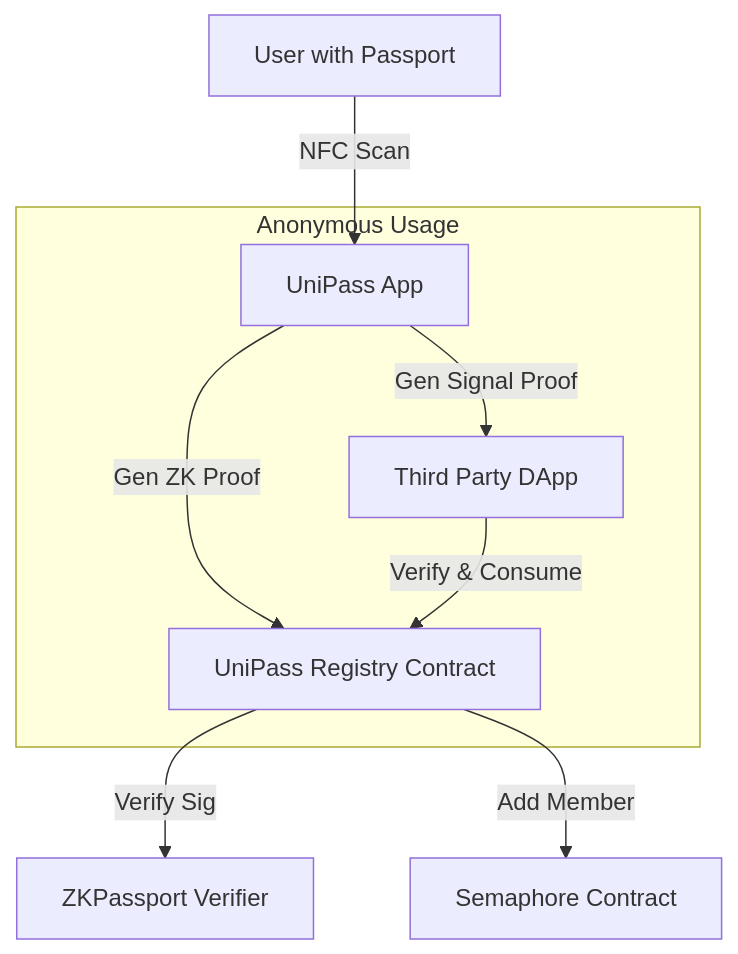
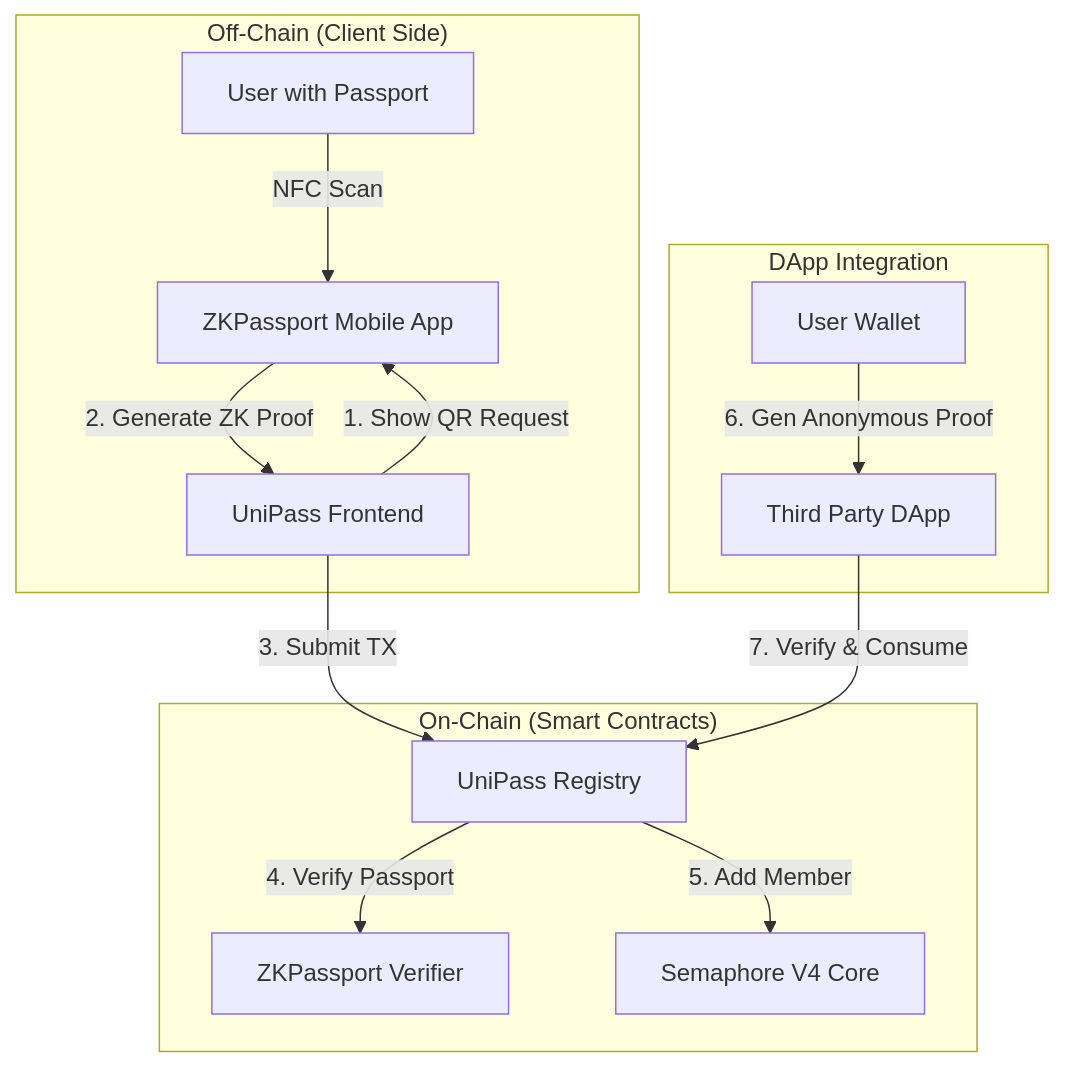
Before and after one commit to liudi4046/UniPass: the diagram in README.md, drawn with Mermaid. The commit also changed other lines of this file and 11 other files, not shown here.

````diff
--- a/README.md
+++ b/README.md
@@ -46,19 +22,31 @@
 ```mermaid
 graph TD
-    User[User with Passport]
-    App[UniPass App]
-    ZKPassport[ZKPassport Verifier]
-    Registry[UniPass Registry Contract]
-    Semaphore[Semaphore Contract]
-    DApp[Third Party DApp]
+    subgraph "Off-Chain (Client Side)"
+        User[User with Passport]
+        ZKApp[ZKPassport Mobile App]
+        Frontend[UniPass Frontend]
+    end
 
-    User -->|NFC Scan| App
-    App -->|Gen ZK Proof| Registry
-    Registry -->|Verify Sig| ZKPassport
-    Registry -->|Add Member| Semaphore
+    subgraph "On-Chain (Smart Contracts)"
+        Verifier[ZKPassport Verifier]
+        Registry[UniPass Registry]
+        Semaphore[Semaphore V4 Core]
+    end
+
+    %% Registration Flow
+    User -->|NFC Scan| ZKApp
+    Frontend -->|1. Show QR Request| ZKApp
+    ZKApp -->|2. Generate ZK Proof| Frontend
+    Frontend -->|3. Submit TX| Registry
+    Registry -->|4. Verify Passport| Verifier
+    Registry -->|5. Add Member| Semaphore
+
+    %% Verification Flow
+    subgraph "DApp Integration"
+        DApp[Third Party DApp]
+        UserWallet[User Wallet]
+    end
     
-    subgraph "Anonymous Usage"
-        App -->|Gen Signal Proof| DApp
-        DApp -->|Verify & Consume| Registry
-    end
+    UserWallet -->|6. Gen Anonymous Proof| DApp
+    DApp -->|7. Verify & Consume| Registry
 ```
````
